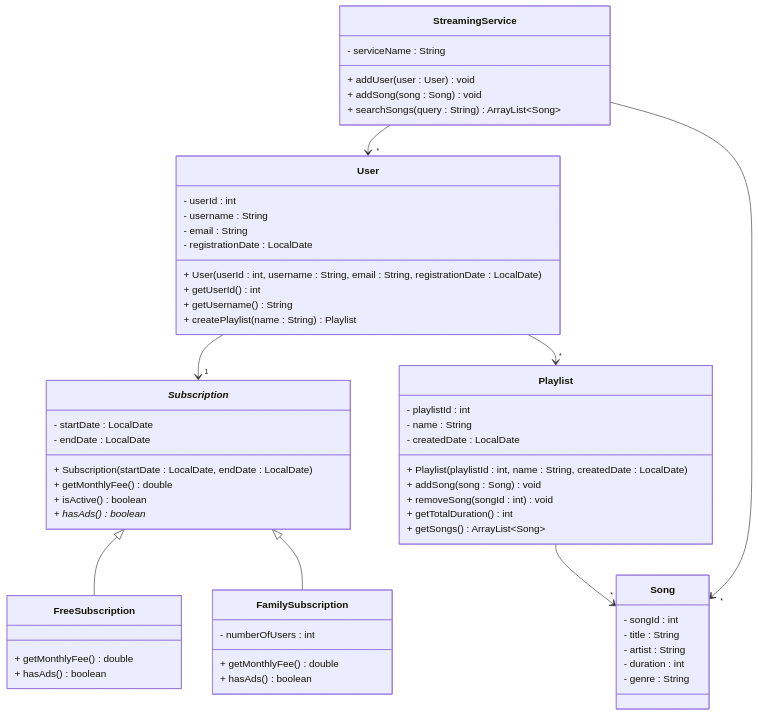
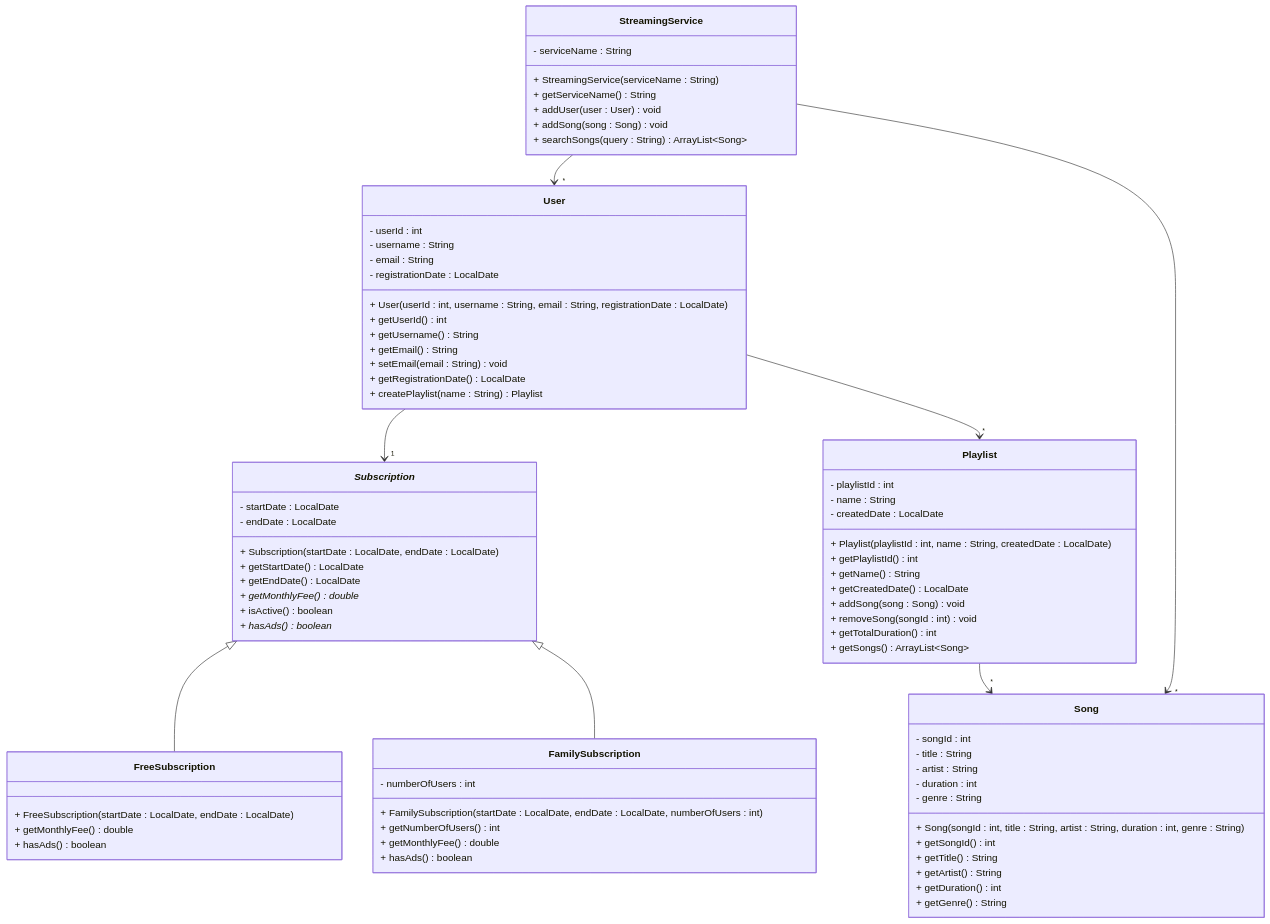
One commit to TroelsMortensen/Codelabs2 changed the diagram in Articles/Session 24 - Exam/017 Exercise 16 - Music Streaming.md. Above: the diagram before and after it, drawn with Mermaid. The commit also changed other lines of this file and 2 other files, not shown here.

```diff
--- a/Articles/Session 24 - Exam/017 Exercise 16 - Music Streaming.md
+++ b/Articles/Session 24 - Exam/017 Exercise 16 - Music Streaming.md
@@ -7,6 +7,8 @@
 classDiagram
     class StreamingService {
         - serviceName : String
+        + StreamingService(serviceName : String)
+        + getServiceName() String
         + addUser(user : User) void
         + addSong(song : Song) void
         + searchSongs(query : String) ArrayList~Song~
@@ -20,6 +22,9 @@
         + User(userId : int, username : String, email : String, registrationDate : LocalDate)
         + getUserId() int
         + getUsername() String
+        + getEmail() String
+        + setEmail(email : String) void
+        + getRegistrationDate() LocalDate
         + createPlaylist(name : String) Playlist
     }
     
@@ -27,18 +32,23 @@
         - startDate : LocalDate
         - endDate : LocalDate
         + Subscription(startDate : LocalDate, endDate : LocalDate)
-        + getMonthlyFee() double
+        + getStartDate() LocalDate
+        + getEndDate() LocalDate
+        + getMonthlyFee()* double
         + isActive() boolean
         + hasAds()* boolean
     }
     
     class FreeSubscription {
+        + FreeSubscription(startDate : LocalDate, endDate : LocalDate)
         + getMonthlyFee() double
         + hasAds() boolean
     }
     
     class FamilySubscription {
         - numberOfUsers : int
+        + FamilySubscription(startDate : LocalDate, endDate : LocalDate, numberOfUsers : int)
+        + getNumberOfUsers() int
         + getMonthlyFee() double
         + hasAds() boolean
     }
@@ -49,6 +59,12 @@
         - artist : String
         - duration : int
         - genre : String
+        + Song(songId : int, title : String, artist : String, duration : int, genre : String)
+        + getSongId() int
+        + getTitle() String
+        + getArtist() String
+        + getDuration() int
+        + getGenre() String
     }
     
     class Playlist {
@@ -56,6 +72,9 @@
         - name : String
         - createdDate : LocalDate
         + Playlist(playlistId : int, name : String, createdDate : LocalDate)
+        + getPlaylistId() int
+        + getName() String
+        + getCreatedDate() LocalDate
         + addSong(song : Song) void
         + removeSong(songId : int) void
         + getTotalDuration() int
```
